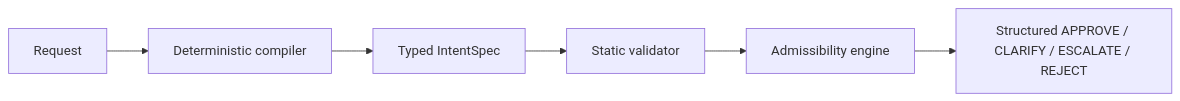
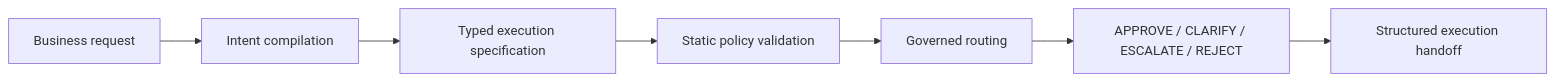
The diagram in README.md (aamish-ahmad/control-gate), drawn with Mermaid before and after one commit. The commit also changed other lines of this file and 3 other files, not shown here.

Commit message:
feat: add recruiter-facing governed execution handoff

````diff
--- a/README.md
+++ b/README.md
@@ -20,8 +24,9 @@
 ```mermaid
 flowchart LR
-    R["Request"] --> C["Deterministic compiler"]
-    C --> I["Typed IntentSpec"]
-    I --> V["Static validator"]
-    V --> A["Admissibility engine"]
-    A --> D["Structured APPROVE / CLARIFY / ESCALATE / REJECT"]
+    R["Business request"] --> C["Intent compilation"]
+    C --> I["Typed execution specification"]
+    I --> V["Static policy validation"]
+    V --> A["Governed routing"]
+    A --> D["APPROVE / CLARIFY / ESCALATE / REJECT"]
+    D --> H["Structured execution handoff"]
 ```
````
